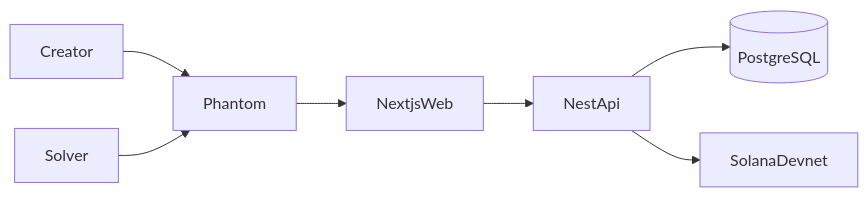
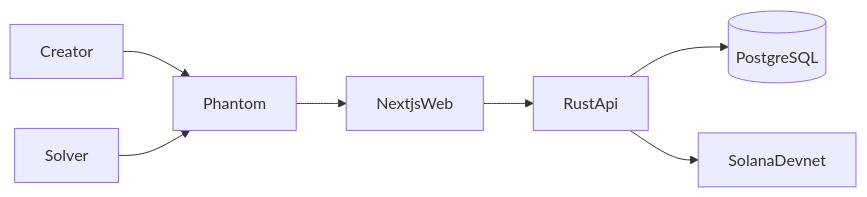
One commit to ShenSandaru/solversbounty-rust changed the first of 6 diagrams in docs/architecture/SYSTEM_ARCHITECTURE.md. Above: the diagram before and after it, drawn with Mermaid. The commit also changed other lines of this file and 128 other files, not shown here.

Commit message:
Remove NestJS API and cut over to apps/api-rs as the sole backend.

````diff
--- a/docs/architecture/SYSTEM_ARCHITECTURE.md
+++ b/docs/architecture/SYSTEM_ARCHITECTURE.md
@@ -15,16 +15,16 @@
 ```mermaid
 flowchart LR
   creator[Creator]
   solver[Solver]
   phantom[Phantom]
   web[NextjsWeb]
-  api[NestApi]
+  api[RustApi]
   db[(PostgreSQL)]
   chain[SolanaDevnet]
   creator --> phantom
   solver --> phantom
   phantom --> web
   web --> api
   api --> db
   api --> chain
 ```
````
